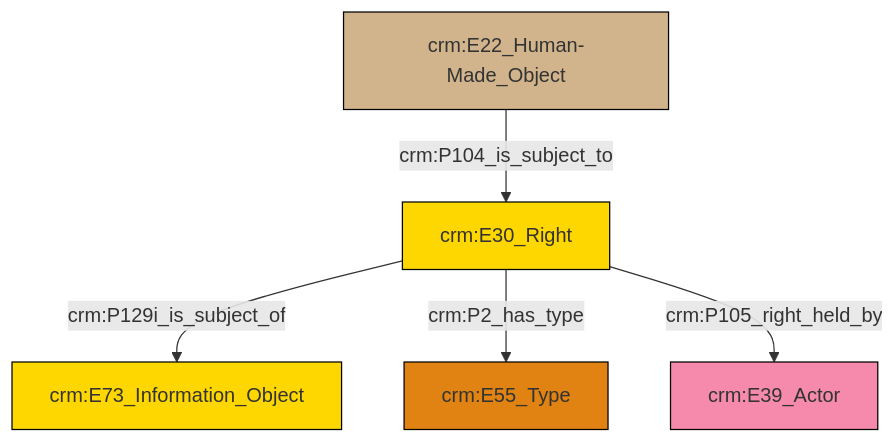
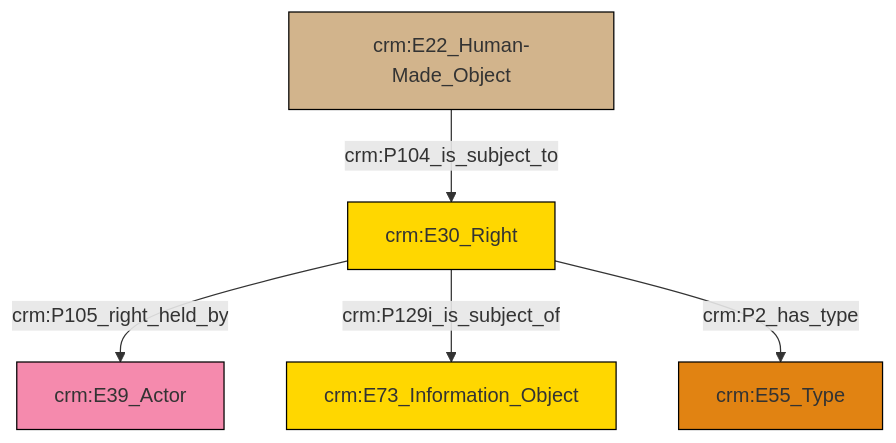
One commit to swiss-art-research-net/docs.swissartresearch changed the diagram in et/carrierCSV/ttl/mmd/carrier_rights.ttl.mmd. Above: the diagram before and after it, drawn with Mermaid. The commit also changed 177 other files, not shown here.

```diff
--- a/et/carrierCSV/ttl/mmd/carrier_rights.ttl.mmd
+++ b/et/carrierCSV/ttl/mmd/carrier_rights.ttl.mmd
@@ -1,19 +1,19 @@
 graph TD
 classDef Literal fill:#f2f2f2,stroke:#000000;
 classDef CRM_Entity fill:#FFFFFF,stroke:#000000;
 classDef Temporal_Entity fill:#00C9E6, stroke:#000000;
 classDef Type fill:#E18312, stroke:#000000;
 classDef Time-Span fill:#2C9C91, stroke:#000000;
 classDef Appellation fill:#FFEB7F, stroke:#000000;
 classDef Place fill:#008836, stroke:#000000;
 classDef Persistent_Item fill:#B266B2, stroke:#000000;
 classDef Conceptual_Object fill:#FFD700, stroke:#000000;
 classDef Physical_Thing fill:#D2B48C, stroke:#000000;
 classDef Actor fill:#f58aad, stroke:#000000;
 classDef PC_Classes fill:#4ce600, stroke:#000000;
 classDef Multi fill:#cccccc,stroke:#000000;
 
-0["crm:E30_Right"]:::Conceptual_Object -->|crm:P129i_is_subject_of| 4["crm:E73_Information_Object"]:::Conceptual_Object
-0["crm:E30_Right"]:::Conceptual_Object -->|crm:P2_has_type| 5["crm:E55_Type"]:::Type
-0["crm:E30_Right"]:::Conceptual_Object -->|crm:P105_right_held_by| 8["crm:E39_Actor"]:::Actor
-2["crm:E22_Human-Made_Object"]:::Physical_Thing -->|crm:P104_is_subject_to| 0["crm:E30_Right"]:::Conceptual_Object
+4["crm:E30_Right"]:::Conceptual_Object -->|crm:P105_right_held_by| 2["crm:E39_Actor"]:::Actor
+4["crm:E30_Right"]:::Conceptual_Object -->|crm:P129i_is_subject_of| 0["crm:E73_Information_Object"]:::Conceptual_Object
+4["crm:E30_Right"]:::Conceptual_Object -->|crm:P2_has_type| 5["crm:E55_Type"]:::Type
+8["crm:E22_Human-Made_Object"]:::Physical_Thing -->|crm:P104_is_subject_to| 4["crm:E30_Right"]:::Conceptual_Object
```
